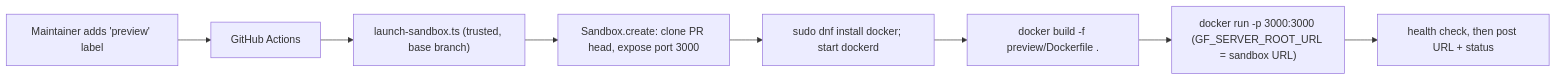
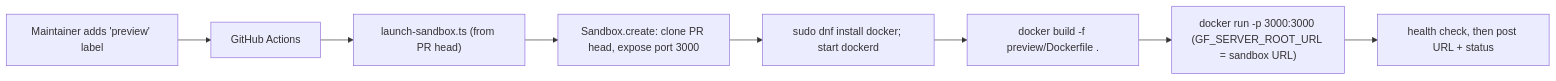
The diagram in preview/README.md (jordan-simonovski/clickhouse-datasource), drawn with Mermaid before and after one commit. The commit also changed other lines of this file and 1 other file, not shown here.

````diff
--- a/preview/README.md
+++ b/preview/README.md
@@ -39,10 +39,10 @@
 ```mermaid
 flowchart LR
   label["Maintainer adds 'preview' label"] --> gha["GitHub Actions"]
-  gha --> script["launch-sandbox.ts (trusted, base branch)"]
+  gha --> script["launch-sandbox.ts (from PR head)"]
   script --> create["Sandbox.create: clone PR head, expose port 3000"]
   create --> docker["sudo dnf install docker; start dockerd"]
   docker --> build["docker build -f preview/Dockerfile ."]
   build --> serve["docker run -p 3000:3000 (GF_SERVER_ROOT_URL = sandbox URL)"]
   serve --> healthy["health check, then post URL + status"]
 ```
````
